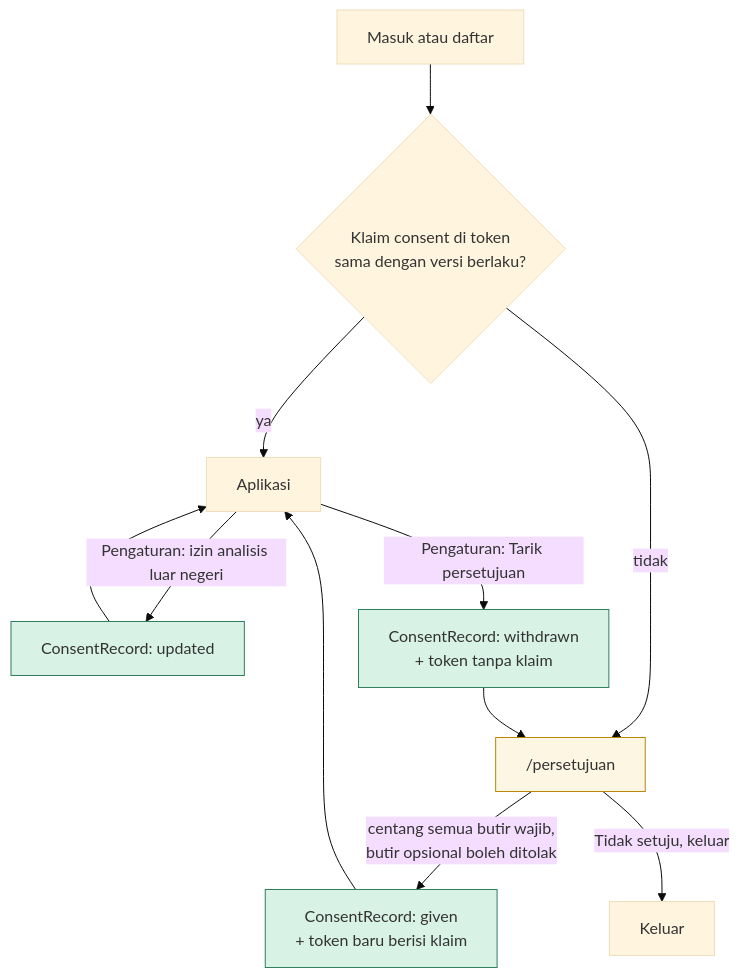
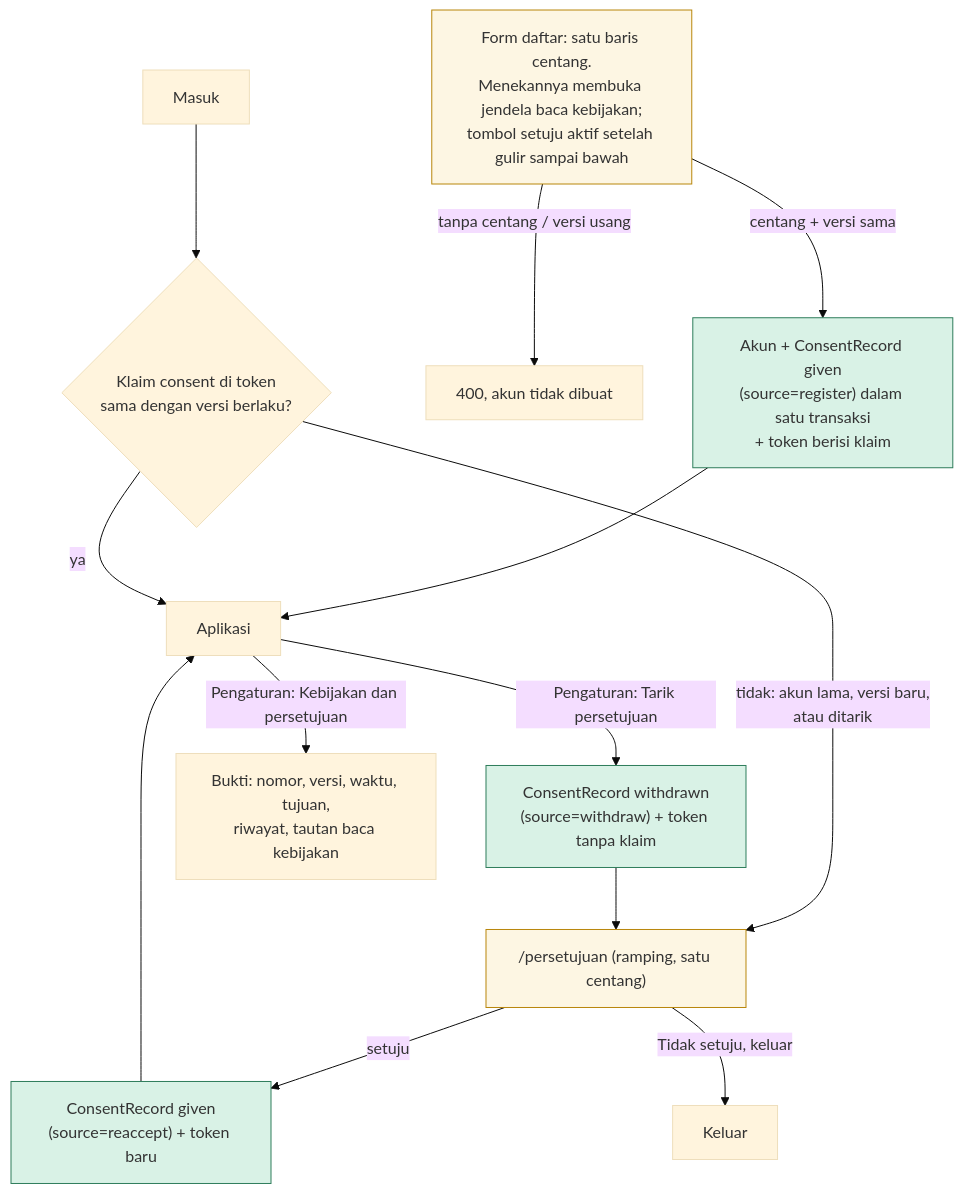
Before and after one commit to FadhRach/ThinkPath: the first of 2 diagrams in diagram/07-privasi-dan-persetujuan.md, drawn with Mermaid (base theme). The commit also changed other lines of this file and 2 other files, not shown here.

First line of the commit message:
docs(privasi): alur satu persetujuan di diagram dan README

````diff
--- a/diagram/07-privasi-dan-persetujuan.md
+++ b/diagram/07-privasi-dan-persetujuan.md
@@ -18,18 +22,20 @@
 ```mermaid
 flowchart TD
-    L["Masuk atau daftar"] --> T{"Klaim consent di token<br/>sama dengan versi berlaku?"}
-    T -- "ya" --> A["Aplikasi"]
-    T -- "tidak" --> P["/persetujuan"]
-    P -- "centang semua butir wajib,<br/>butir opsional boleh ditolak" --> G["ConsentRecord: given<br/>+ token baru berisi klaim"]
-    G --> A
+    R["Form daftar: satu baris centang.<br/>Menekannya membuka jendela baca kebijakan;<br/>tombol setuju aktif setelah gulir sampai bawah"] -- "centang + versi sama" --> G["Akun + ConsentRecord given<br/>(source=register) dalam satu transaksi<br/>+ token berisi klaim"]
+    R -- "tanpa centang / versi usang" --> X["400, akun tidak dibuat"]
+    G --> A["Aplikasi"]
+    L["Masuk"] --> T{"Klaim consent di token<br/>sama dengan versi berlaku?"}
+    T -- "ya" --> A
+    T -- "tidak: akun lama, versi baru,<br/>atau ditarik" --> P["/persetujuan (ramping, satu centang)"]
+    P -- "setuju" --> H["ConsentRecord given<br/>(source=reaccept) + token baru"]
+    H --> A
     P -- "Tidak setuju, keluar" --> O["Keluar"]
-    A -- "Pengaturan: izin analisis luar negeri" --> U["ConsentRecord: updated"]
-    U --> A
-    A -- "Pengaturan: Tarik persetujuan" --> W["ConsentRecord: withdrawn<br/>+ token tanpa klaim"]
+    A -- "Pengaturan: Tarik persetujuan" --> W["ConsentRecord withdrawn<br/>(source=withdraw) + token tanpa klaim"]
     W --> P
+    A -- "Pengaturan: Kebijakan dan persetujuan" --> B["Bukti: nomor, versi, waktu, tujuan,<br/>riwayat, tautan baca kebijakan"]
 
     classDef ok fill:#D9F2E6,stroke:#2E7D5B
     classDef gate fill:#FDF6E3,stroke:#B8860B
-    class G,U,W ok
-    class P gate
+    class G,H,W ok
+    class P,R gate
 ```
````
